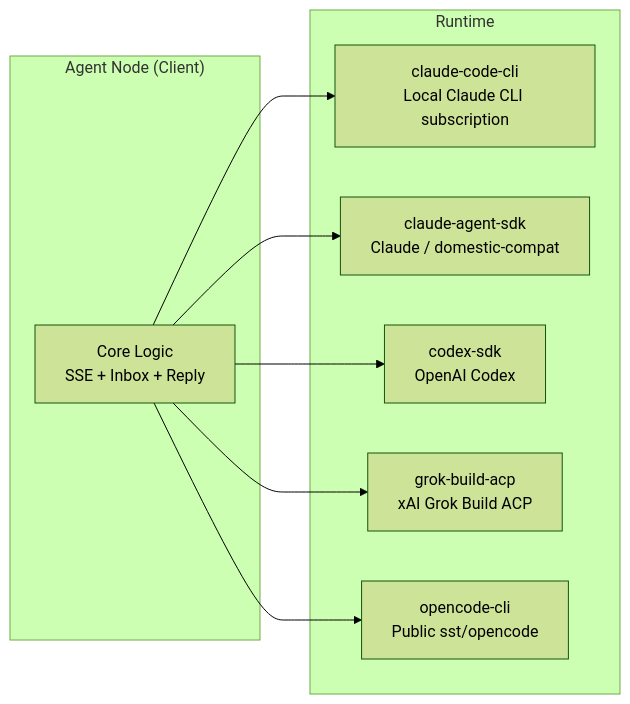
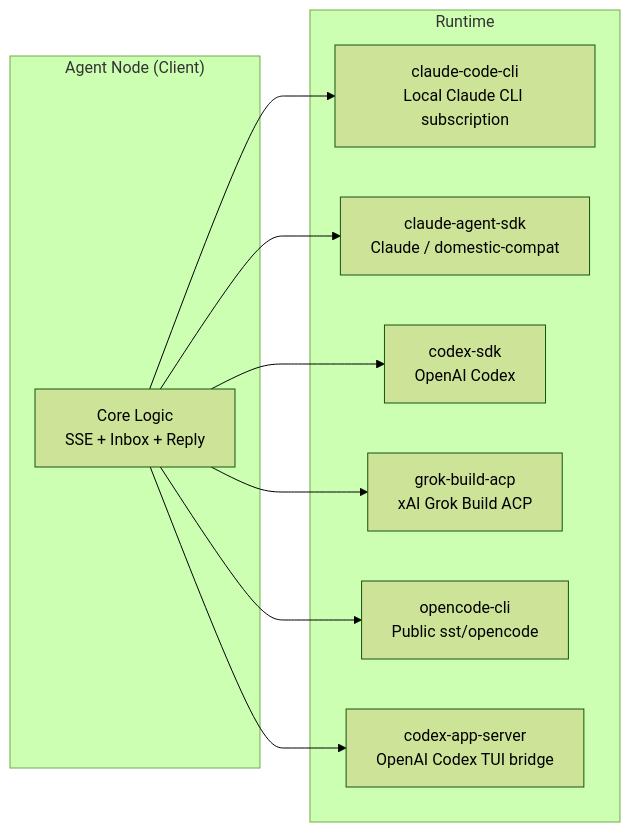
Before and after one commit to sleep2agi/agent-network: the fifth of 8 diagrams in docs-site/docs/en/guide/architecture.md, drawn with Mermaid (forest theme). The commit also changed other lines of this file and 1 other file, not shown here.

First line of the commit message:
docs(architecture): add codex-app-server runtime + correct MCP-path model

````diff
--- a/docs-site/docs/en/guide/architecture.md
+++ b/docs-site/docs/en/guide/architecture.md
@@ -326,20 +330,22 @@
 ```mermaid
 graph LR
     subgraph "Agent Node (Client)"
         CORE[Core Logic<br/>SSE + Inbox + Reply]
     end
 
     subgraph "Runtime"
         R0[claude-code-cli<br/>Local Claude CLI subscription]
         R1[claude-agent-sdk<br/>Claude / domestic-compat]
         R2[codex-sdk<br/>OpenAI Codex]
         R3[grok-build-acp<br/>xAI Grok Build ACP]
         R4[opencode-cli<br/>Public sst/opencode]
+        R5[codex-app-server<br/>OpenAI Codex TUI bridge]
     end
 
     CORE --> R0
     CORE --> R1
     CORE --> R2
     CORE --> R3
     CORE --> R4
+    CORE --> R5
 ```
````
